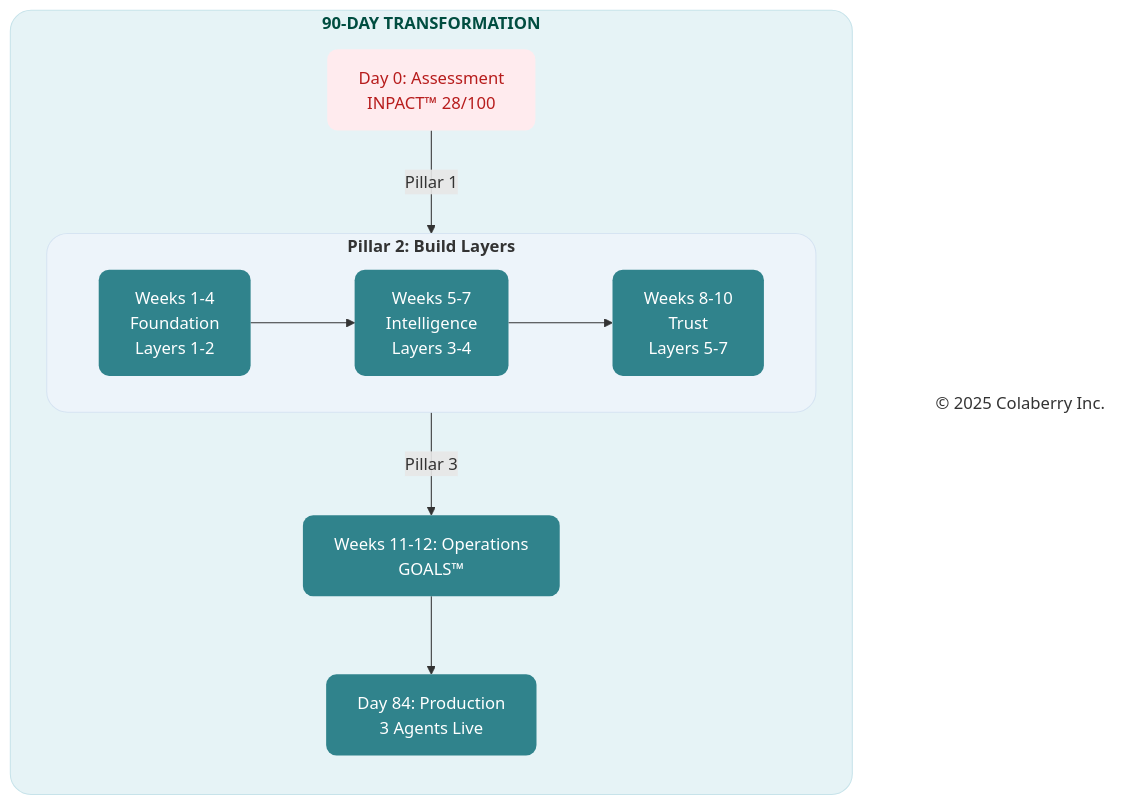
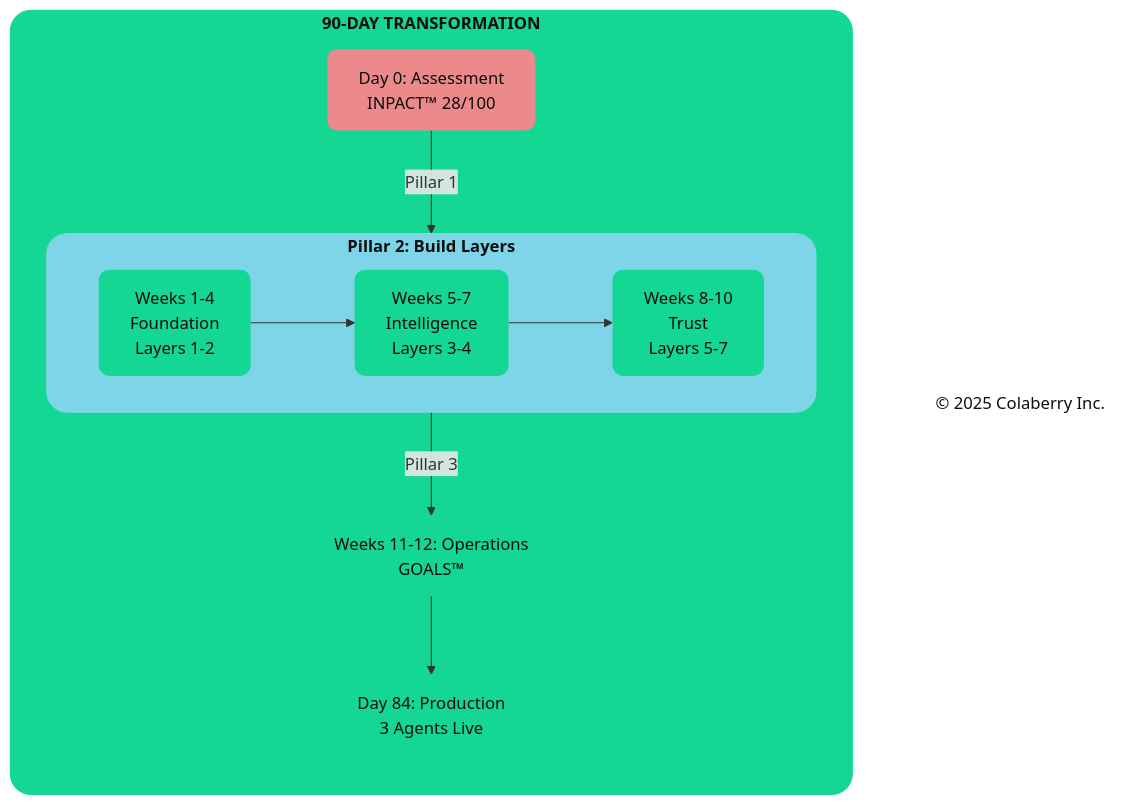
One commit to saitejesh-cyber/trust-before-intelligence-book changed the diagram in mermaid-source/figure-8-10.mmd. Above: the diagram before and after it, drawn with Mermaid. The commit also changed 212 other files, not shown here.

Commit message:
Apply semantic Colaberry palette across all diagram sources and PNGs

```diff
--- a/mermaid-source/figure-8-10.mmd
+++ b/mermaid-source/figure-8-10.mmd
@@ -1,34 +1,34 @@
 
 graph TB
   subgraph JOURNEY["<b>90-DAY TRANSFORMATION</b>"]
     direction TB
     D0["Day 0: Assessment<br/>INPACT™ 28/100"]
     
     subgraph BUILD["<b>Pillar 2: Build Layers</b>"]
       direction LR
       W4["Weeks 1-4<br/>Foundation<br/>Layers 1-2"]
       W7["Weeks 5-7<br/>Intelligence<br/>Layers 3-4"]
       W10["Weeks 8-10<br/>Trust<br/>Layers 5-7"]
       W4 --> W7 --> W10
     end
     
     W12["Weeks 11-12: Operations<br/>GOALS™"]
     
     FINAL["Day 84: Production<br/>3 Agents Live"]
   end
   
   Copyright["© 2025 Colaberry Inc."]
   
   D0 -->|"Pillar 1"| BUILD
   BUILD -->|"Pillar 3"| W12
   W12 --> FINAL
   
-  style JOURNEY fill:#e6f3f6,stroke:#c7e3ea,stroke-width:1px,color:#004d40,rx:20,ry:20
-  style D0 fill:#ffebee,stroke:none,color:#b71c1c,rx:10,ry:10
-  style BUILD fill:#edf4fa,stroke:#d6e4f2,stroke-width:1px,color:#333333,rx:20,ry:20
-  style W4 fill:#30838C,stroke:none,color:#ffffff,rx:10,ry:10
-  style W7 fill:#30838C,stroke:none,color:#ffffff,rx:10,ry:10
-  style W10 fill:#30838C,stroke:none,color:#ffffff,rx:10,ry:10
-  style W12 fill:#30838C,stroke:none,color:#ffffff,rx:10,ry:10
-  style FINAL fill:#30838C,stroke:none,color:#ffffff,rx:10,ry:10
-  style Copyright fill:none,stroke:none,color:#333333
+  style JOURNEY fill:#14D793,stroke:#14D793,stroke-width:1px,color:#0D0D0D,rx:20,ry:20
+  style D0 fill:#EB898B,stroke:none,color:#0D0D0D,rx:10,ry:10
+  style BUILD fill:#7FD5E8,stroke:#7FD5E8,stroke-width:1px,color:#0D0D0D,rx:20,ry:20
+  style W4 fill:#14D793,stroke:none,color:#0D0D0D,rx:10,ry:10
+  style W7 fill:#14D793,stroke:none,color:#0D0D0D,rx:10,ry:10
+  style W10 fill:#14D793,stroke:none,color:#0D0D0D,rx:10,ry:10
+  style W12 fill:#14D793,stroke:none,color:#0D0D0D,rx:10,ry:10
+  style FINAL fill:#14D793,stroke:none,color:#0D0D0D,rx:10,ry:10
+  style Copyright fill:none,stroke:none,color:#0D0D0D
```
